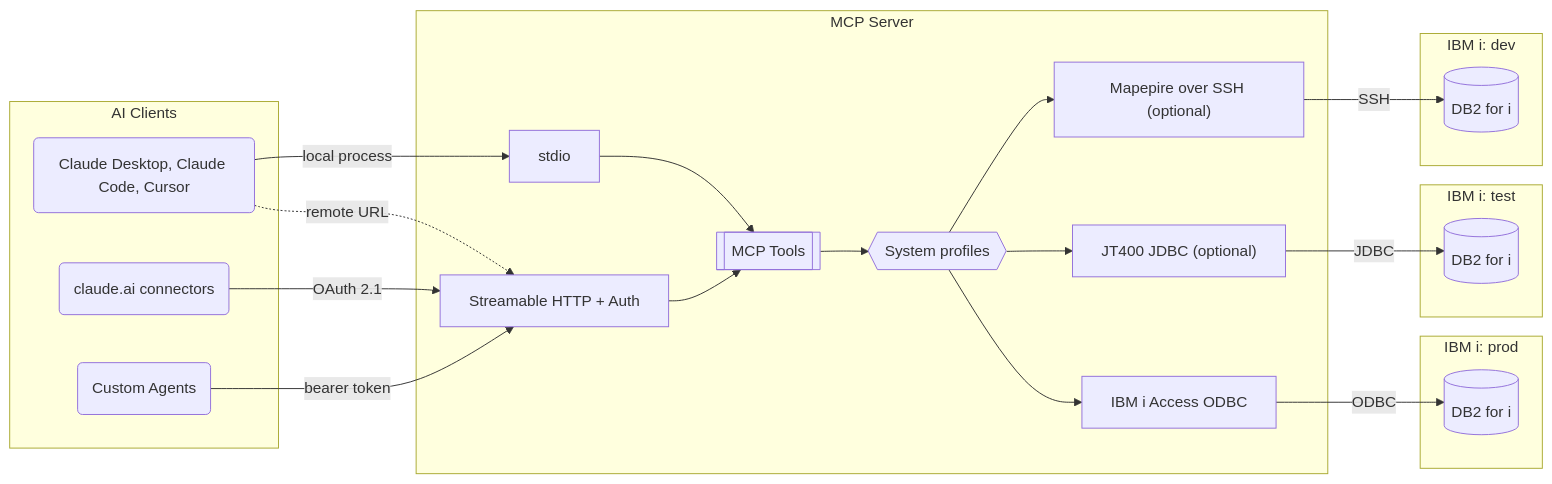
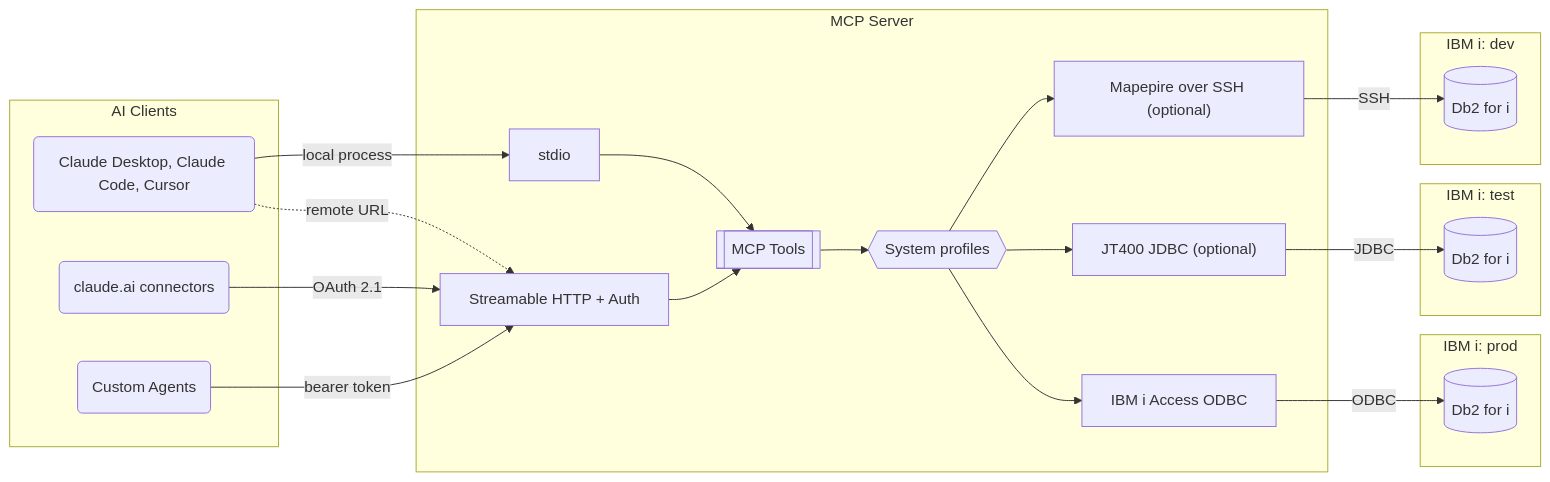
Before and after one commit to Strom-Capital/mcp-server-db2i: the diagram in README.md, drawn with Mermaid. The commit also changed other lines of this file and 24 other files, not shown here.

````diff
--- a/README.md
+++ b/README.md
@@ -29,41 +29,41 @@
 ```mermaid
 graph LR
     subgraph clients ["AI Clients"]
         local("Claude Desktop, Claude Code, Cursor")
         remote("claude.ai connectors")
         agents("Custom Agents")
     end
 
     subgraph server ["MCP Server"]
         stdio["stdio"]
         http["Streamable HTTP + Auth"]
         tools[["MCP Tools"]]
         profiles{{"System profiles"}}
         odbc["IBM i Access ODBC"]
         jdbc["JT400 JDBC (optional)"]
         mapepire["Mapepire over SSH (optional)"]
     end
 
     subgraph prod ["IBM i: prod"]
-        db2prod[("DB2 for i")]
+        db2prod[("Db2 for i")]
     end
 
     subgraph test ["IBM i: test"]
-        db2test[("DB2 for i")]
+        db2test[("Db2 for i")]
     end
 
     subgraph dev ["IBM i: dev"]
-        db2dev[("DB2 for i")]
+        db2dev[("Db2 for i")]
     end
 
     local -->|local process| stdio
     local -.->|remote URL| http
     remote -->|OAuth 2.1| http
     agents -->|bearer token| http
     stdio & http --> tools
     tools --> profiles
     profiles --> odbc & jdbc & mapepire
     odbc -->|ODBC| db2prod
     jdbc -->|JDBC| db2test
     mapepire -->|SSH| db2dev
 ```
````
